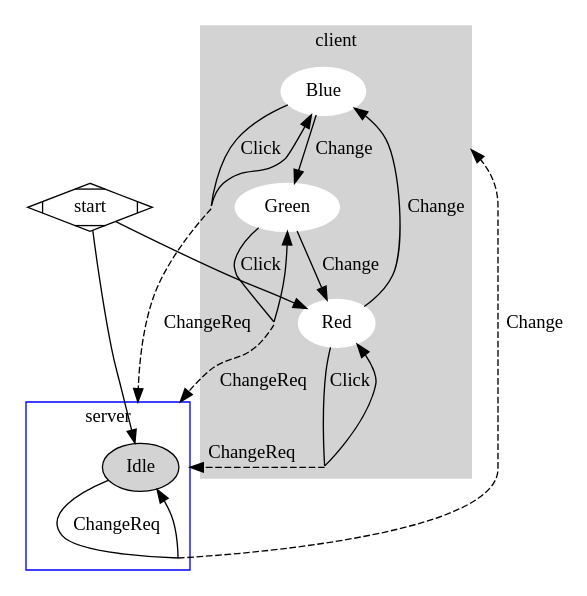
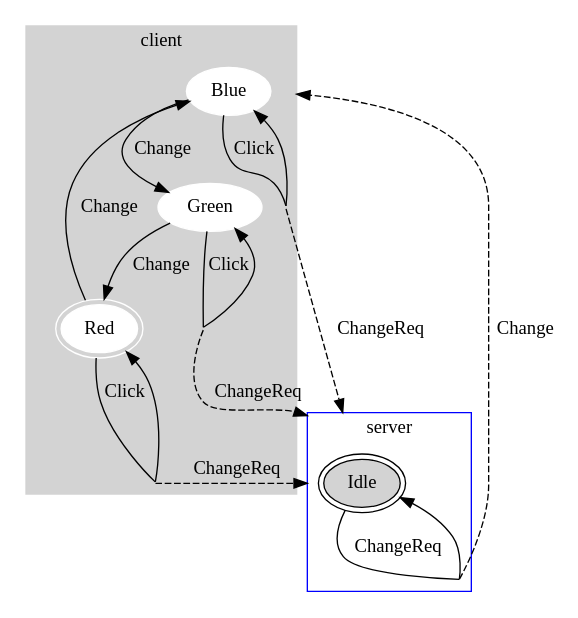
Before and after one commit to CSchank/petri-app-land: the diagram in rgbApp.dot, drawn with Graphviz. The commit also changed 2 other files, not shown here.

Commit message:
change of how start looks in dot

```diff
--- a/rgbApp.dot
+++ b/rgbApp.dot
@@ -1,46 +1,44 @@
 digraph G {
         compound=true;
 	subgraph cluster_0 {
 		style=filled;
 		color=lightgrey;
 		node [style=filled,color=white];
 		Blue->Green [label="Change"];
 		Blue->fakeBlueBlue [label="Click",arrowhead=none];
-		fakeBlueBlue [shape=point, width=0, height=0]
+		fakeBlueBlue [shape=point, width=0, height=0];
 		fakeBlueBlue->Blue;
 
 		Green->Red [label="Change"];
 		Green->fakeGreenGreen [label="Click",arrowhead=none];
-		fakeGreenGreen [shape=point, width=0, height=0]
+		fakeGreenGreen [shape=point, width=0, height=0];
 		fakeGreenGreen->Green;
 
 		Red->Blue [label="Change"];
 		Red->fakeRedRed [label="Click",arrowhead=none];
-		fakeRedRed [shape=point, width=0, height=0]
+		fakeRedRed [shape=point, width=0, height=0];
 		fakeRedRed->Red;
 
 
 		label = "client";
 	}
 
 	subgraph cluster_1 {
 		node [style=filled];
 		Idle->fakeIdleIdle [label="ChangeReq",arrowhead=none];
-		fakeIdleIdle [shape=point, width=0, height=0]
+		fakeIdleIdle [shape=point, width=0, height=0];
 		fakeIdleIdle->Idle;
 
 
 		label = "server";
 		color=blue
 	}
 	fakeBlueBlue->Idle [label="ChangeReq",lhead=cluster_1,style=dashed];
 	fakeGreenGreen->Idle [label="ChangeReq",lhead=cluster_1,style=dashed];
 	fakeRedRed->Idle [label="ChangeReq",lhead=cluster_1,style=dashed];
 	fakeIdleIdle->Blue[label="Change",lhead=cluster_0,style=dashed];
 
-	start->Red;
-	start->Idle;
+Red[peripheries=2];
+Idle[peripheries=2];
 
-
-	start [shape=Mdiamond];
 }
```
